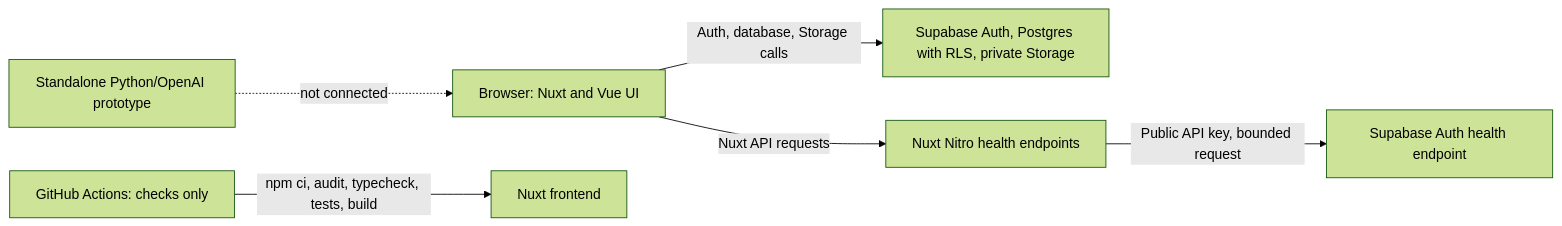
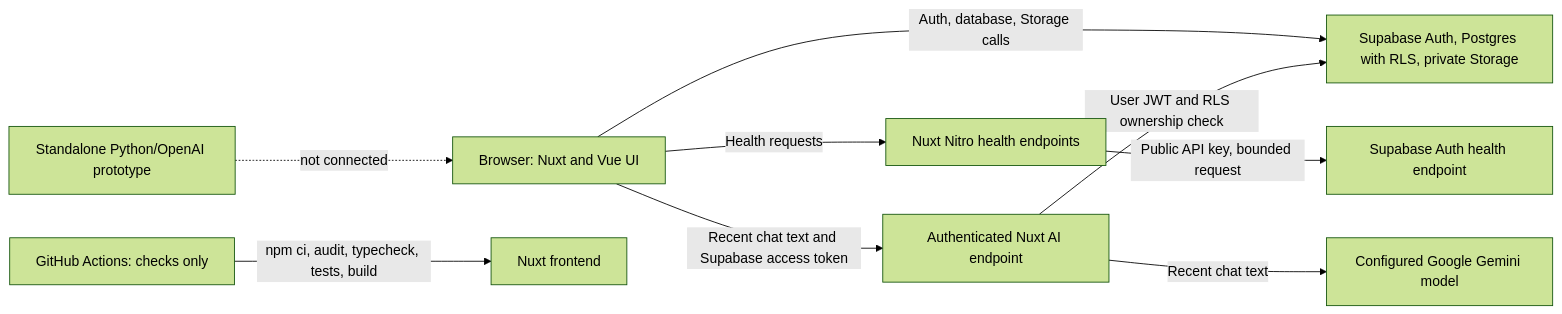
The diagram in README.md (MichaelOmoniyi/maamaa-v2), drawn with Mermaid (forest theme) before and after one commit. The commit also changed other lines of this file and 9 other files, not shown here.

Commit message:
Document Gemini chat architecture and limits

````diff
--- a/README.md
+++ b/README.md
@@ -18,8 +18,11 @@
 ```mermaid
 flowchart LR
   Browser[Browser: Nuxt and Vue UI] -->|Auth, database, Storage calls| Supabase[Supabase Auth, Postgres with RLS, private Storage]
-  Browser -->|Nuxt API requests| Health[Nuxt Nitro health endpoints]
+  Browser -->|Health requests| Health[Nuxt Nitro health endpoints]
   Health -->|Public API key, bounded request| AuthHealth[Supabase Auth health endpoint]
+  Browser -->|Recent chat text and Supabase access token| AI[Authenticated Nuxt AI endpoint]
+  AI -->|User JWT and RLS ownership check| Supabase
+  AI -->|Recent chat text| Provider[Configured Google Gemini model]
   GitHub[GitHub Actions: checks only] -->|npm ci, audit, typecheck, tests, build| Frontend[Nuxt frontend]
   ML[Standalone Python/OpenAI prototype] -. not connected .-> Browser
 ```
````
